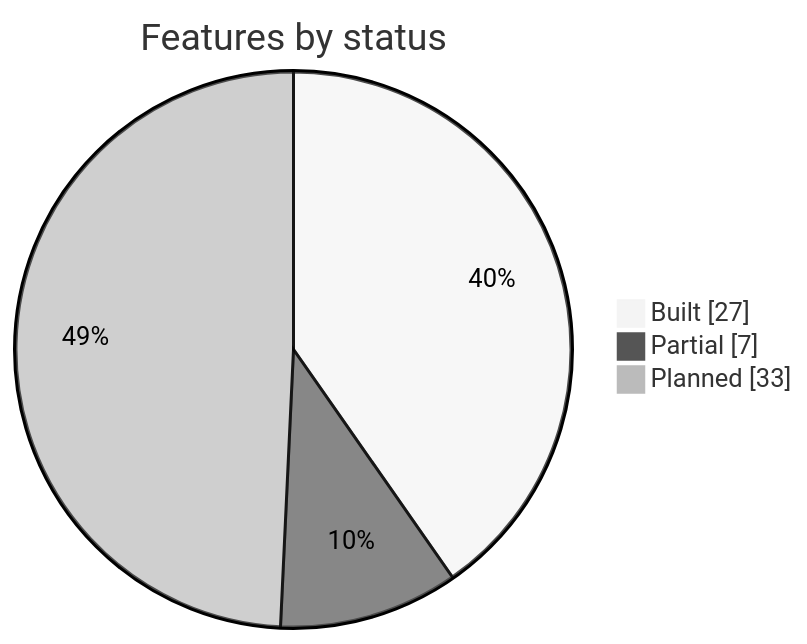
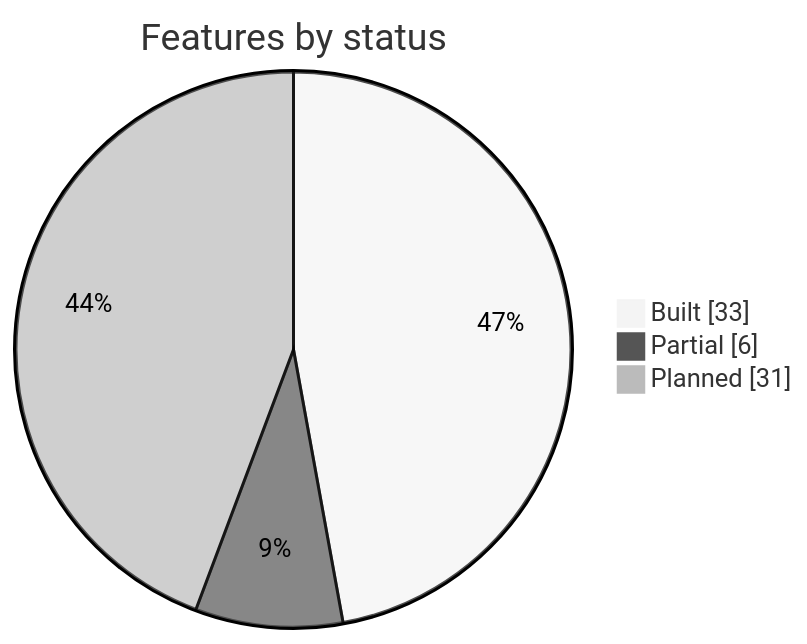
The first of 2 diagrams in docs/FEATURES.md (josephgoksu/TaskWing), drawn with Mermaid (neutral theme) before and after one commit. The commit also changed other lines of this file and 55 other files, not shown here.

````diff
--- a/docs/FEATURES.md
+++ b/docs/FEATURES.md
@@ -15,7 +15,7 @@
 ```mermaid
 pie showData
   title Features by status
-  "Built" : 27
-  "Partial" : 7
-  "Planned" : 33
+  "Built" : 33
+  "Partial" : 6
+  "Planned" : 31
 ```
````
